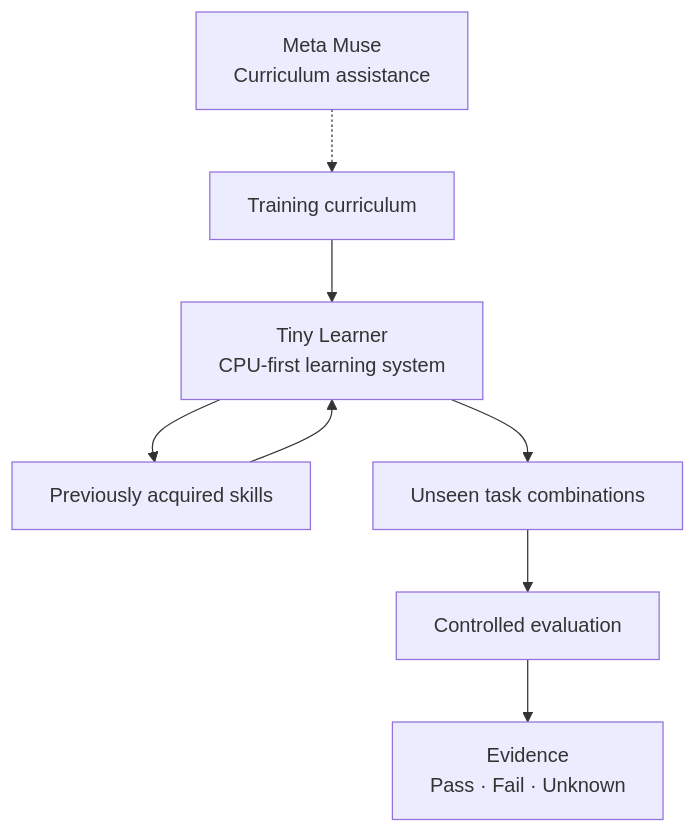
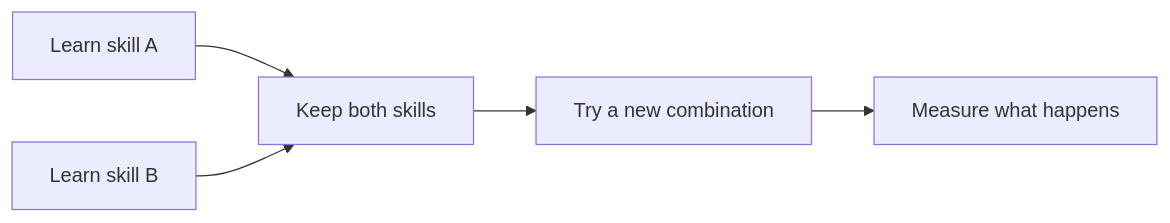
The diagram in README.md (mira-takeda/tiny-learner), drawn with Mermaid before and after one commit. The commit also changed other lines of this file, not shown here.

Commit message:
docs: lead with Tiny Learner vision and practical use cases

````diff
--- a/README.md
+++ b/README.md
@@ -27,10 +45,7 @@
 ```mermaid
-flowchart TD
-    M["Meta Muse<br/>Curriculum assistance"] -.-> C["Training curriculum"]
-    C --> T["Tiny Learner<br/>CPU-first learning system"]
-    T --> S["Previously acquired skills"]
-    S --> T
-    T --> H["Unseen task combinations"]
-    H --> E["Controlled evaluation"]
-    E --> R["Evidence<br/>Pass · Fail · Unknown"]
+flowchart LR
+    A["Learn skill A"] --> C["Keep both skills"]
+    B["Learn skill B"] --> C
+    C --> D["Try a new combination"]
+    D --> E["Measure what happens"]
 ```
````
